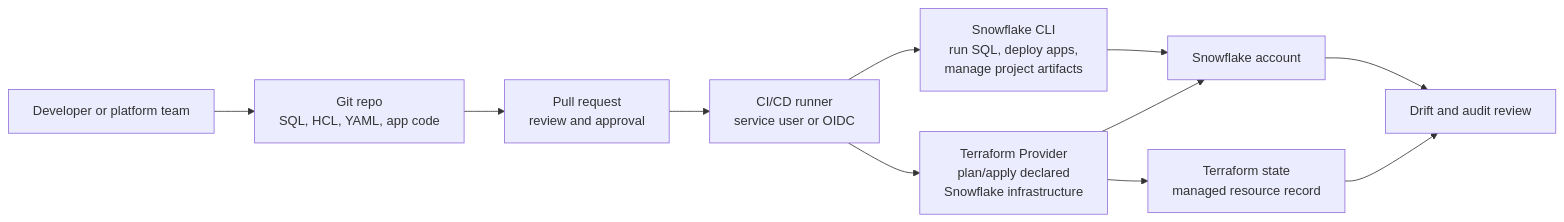
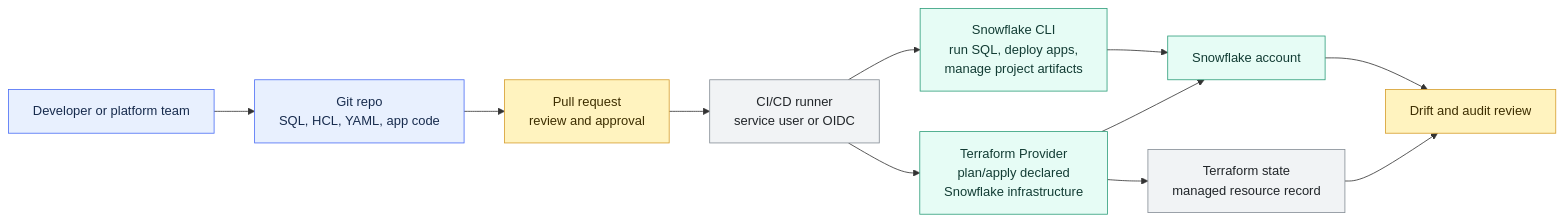
The diagram in 01 Snowflake/07 Ecosystem and Integration/48 Snowflake CLI and Terraform Provider.md (shonningsoy/Upskill), drawn with Mermaid before and after one commit. The commit also changed other lines of this file and 4 other files, not shown here.

````diff
--- a/01 Snowflake/07 Ecosystem and Integration/48 Snowflake CLI and Terraform Provider.md
+++ b/01 Snowflake/07 Ecosystem and Integration/48 Snowflake CLI and Terraform Provider.md
@@ -84,13 +87,23 @@
 ```mermaid
 flowchart LR
     DEV["Developer or platform team"] --> GIT["Git repo<br/>SQL, HCL, YAML, app code"]
     GIT --> PR["Pull request<br/>review and approval"]
     PR --> CI["CI/CD runner<br/>service user or OIDC"]
     CI --> CLI["Snowflake CLI<br/>run SQL, deploy apps,<br/>manage project artifacts"]
     CI --> TF["Terraform Provider<br/>plan/apply declared<br/>Snowflake infrastructure"]
     TF --> STATE["Terraform state<br/>managed resource record"]
     CLI --> SF["Snowflake account"]
     TF --> SF
     SF --> DRIFT["Drift and audit review"]
     STATE --> DRIFT
+
+    classDef input fill:#E8F0FE,stroke:#4C6EF5,color:#172B4D
+    classDef control fill:#FFF3BF,stroke:#D69E2E,color:#3D2E00
+    classDef snowflake fill:#E6FCF5,stroke:#2F9E7B,color:#123C34
+    classDef platform fill:#F1F3F5,stroke:#868E96,color:#212529
+    classDef output fill:#F3E8FF,stroke:#805AD5,color:#2D1B4E
+    class DEV,GIT input
+    class PR,DRIFT control
+    class CLI,TF,SF snowflake
+    class CI,STATE platform
 ```
````
